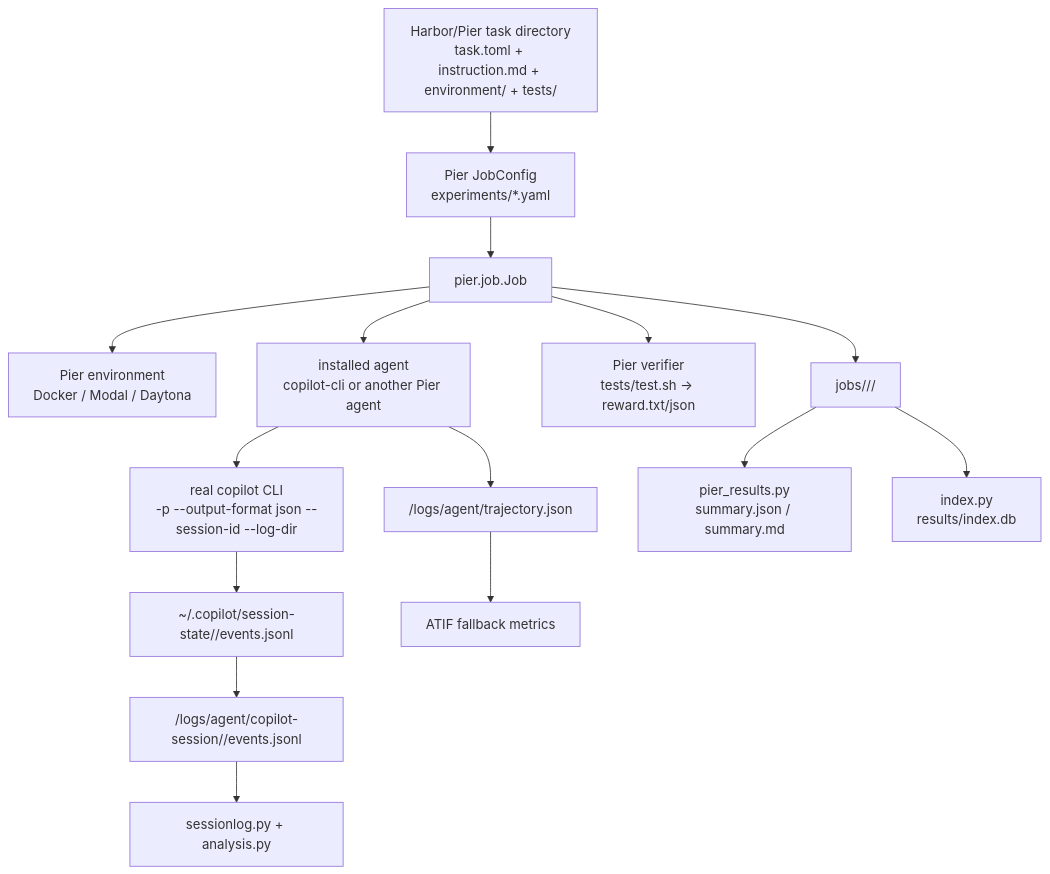
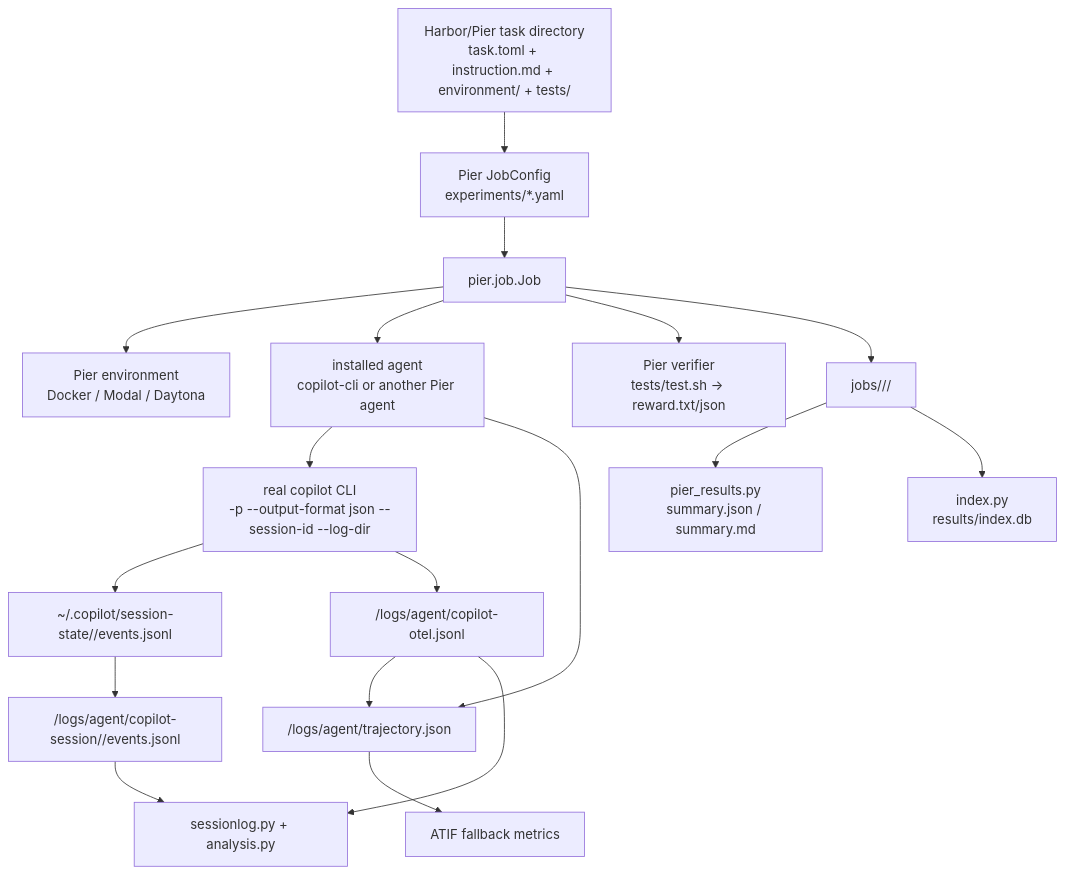
One commit to dbroeglin/github-copilot-lab changed the diagram in docs/architecture.md. Above: the diagram before and after it, drawn with Mermaid. The commit also changed other lines of this file and 8 other files, not shown here.

````diff
--- a/docs/architecture.md
+++ b/docs/architecture.md
@@ -9,17 +9,20 @@
 ```mermaid
 flowchart TD
     TASK["Harbor/Pier task directory\ntask.toml + instruction.md + environment/ + tests/"] --> CFG["Pier JobConfig\nexperiments/*.yaml"]
     CFG --> JOB["pier.job.Job"]
     JOB --> ENV["Pier environment\nDocker / Modal / Daytona"]
     JOB --> AGENT["installed agent\ncopilot-cli or another Pier agent"]
     AGENT --> CLI["real copilot CLI\n-p --output-format json --session-id --log-dir"]
     CLI --> STATE["~/.copilot/session-state/<id>/events.jsonl"]
+    CLI --> OTEL["/logs/agent/copilot-otel.jsonl"]
     STATE --> EVENTS["/logs/agent/copilot-session/<id>/events.jsonl"]
     AGENT --> ATIF["/logs/agent/trajectory.json"]
+    OTEL --> ATIF
     JOB --> VERIFY["Pier verifier\ntests/test.sh -> reward.txt/json"]
     JOB --> OUT["jobs/<job>/<trial>/"]
     EVENTS --> ANALYSIS["sessionlog.py + analysis.py"]
+    OTEL --> ANALYSIS
     ATIF --> FALLBACK["ATIF fallback metrics"]
     OUT --> SUMMARY["pier_results.py\nsummary.json / summary.md"]
     OUT --> INDEX["index.py\nresults/index.db"]
 ```
````
